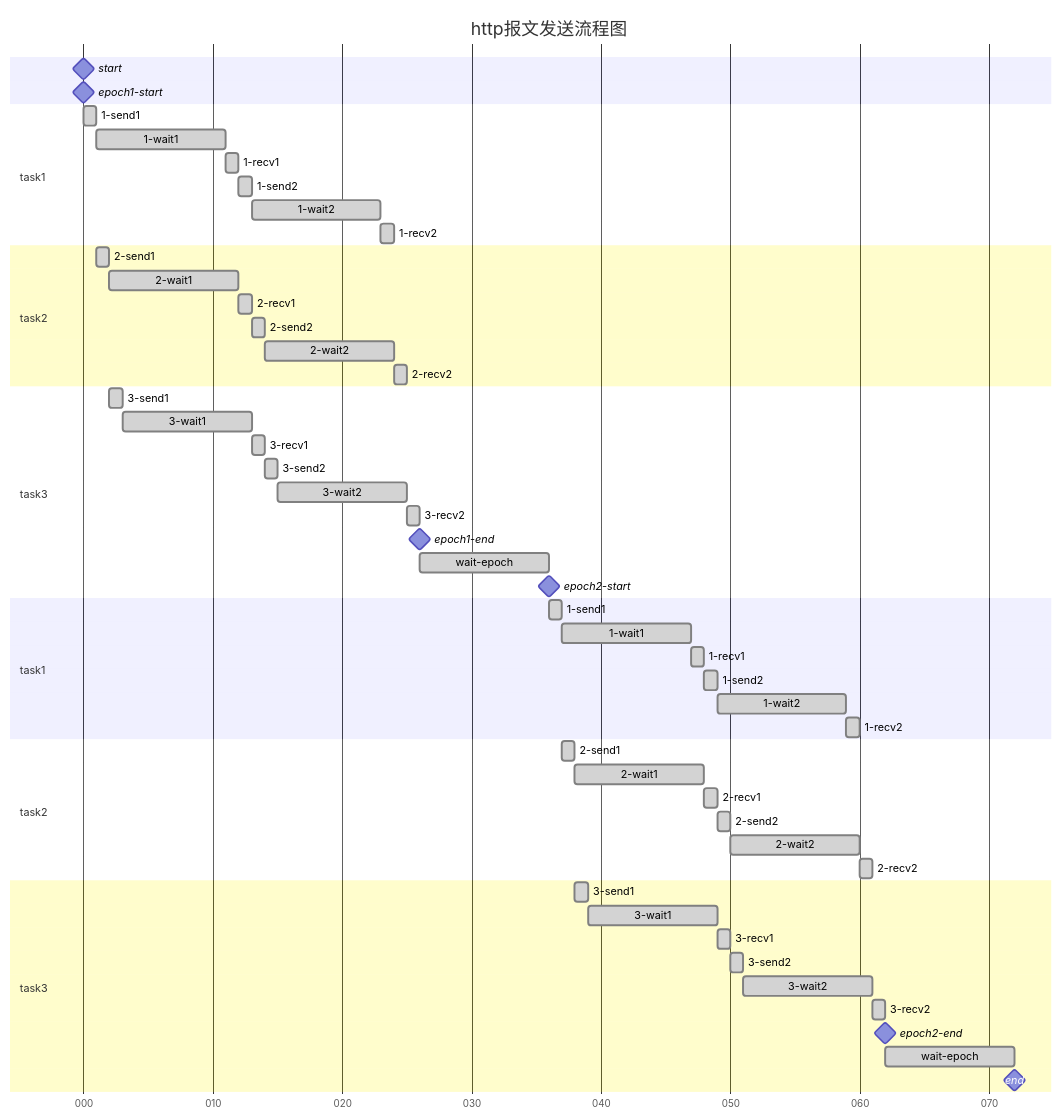
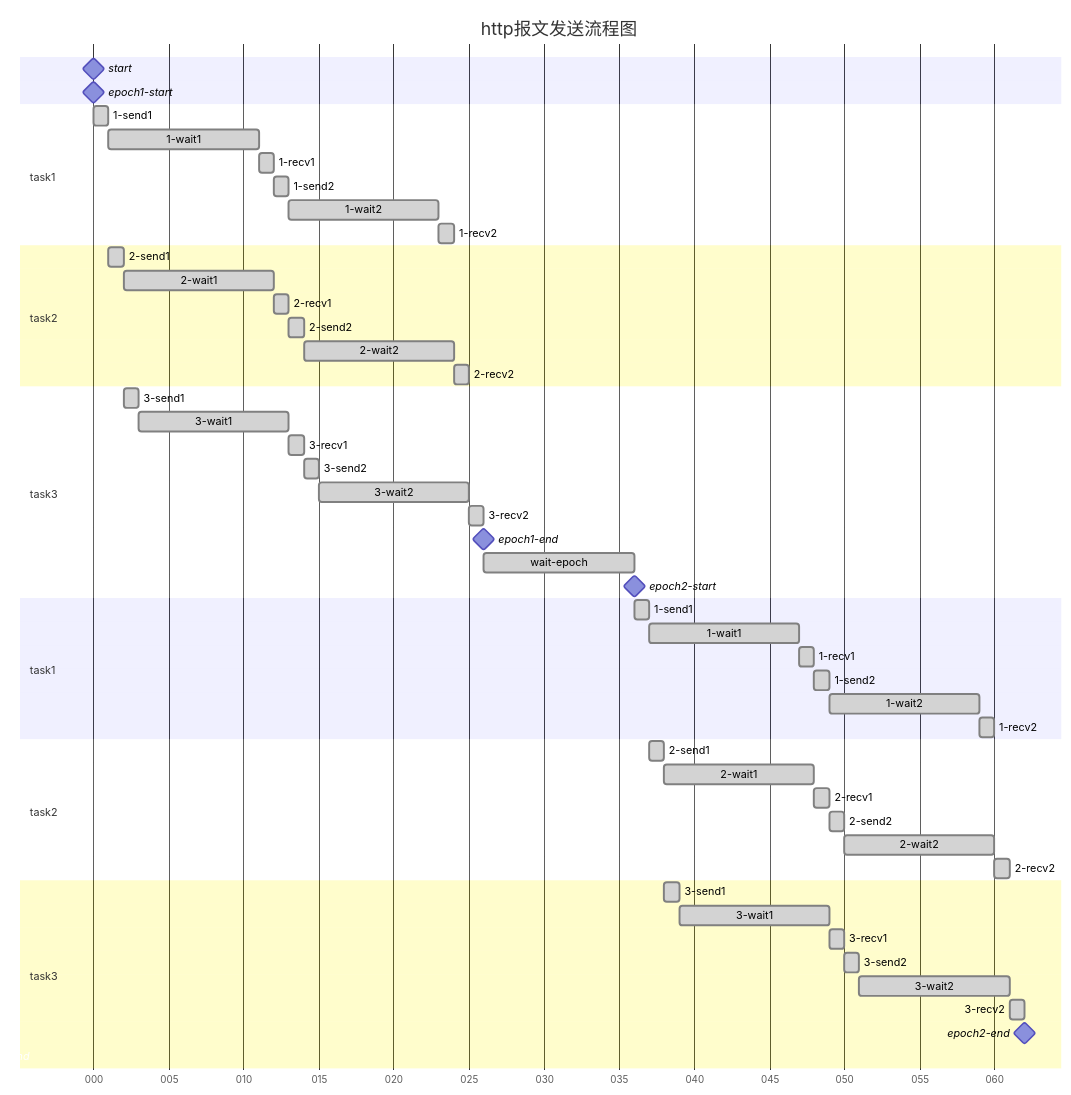
The diagram in README.md (flowerfalling/Auto_YouthStudy_Tianjin), drawn with Mermaid before and after one commit. The commit also changed 1 other file, not shown here.

Commit message:
Fix an issue where wait_epoch would wait after the last loop

````diff
--- a/README.md
+++ b/README.md
@@ -49,56 +49,55 @@
 ```mermaid
         gantt
         dateFormat SSS
         axisFormat %L
         title http报文发送流程图
         start : milestone, start, after 000, 0ms
         epoch1-start : milestone, e1start, after start, 0ms
         section task1
         1-send1                      			:done, 1-1send1, after e1start, 1ms
         1-wait1									:done, 1-1wait1, after 1-1send1, 10ms
         1-recv1                      			:done, 1-1recv1, after 1-1wait1, 1ms
         1-send2                      			:done, 1-1send2, after 1-1recv1, 1ms
         1-wait2									:done, 1-1wait2, after 1-1send2, 10ms
         1-recv2                      			:done, 1-1recv2, after 1-1wait2, 1ms
         section task2                                                
       	2-send1                      			:done, 1-2send1, after 1-1send1, 1ms
       	2-wait1									:done, 1-2wait1, after 1-2send1, 10ms
       	2-recv1                      			:done, 1-2recv1, after 1-2wait1, 1ms
       	2-send2                      			:done, 1-2send2, after 1-2recv1, 1ms
       	2-wait2									:done, 1-2wait2, after 1-2send2, 10ms
       	2-recv2                      			:done, 1-2recv2, after 1-2wait2, 1ms
         section task3                                                
         3-send1                             	:done, 1-3send1, after 1-2send1, 1ms
         3-wait1									:done, 1-3wait1, after 1-3send1, 10ms
         3-recv1                      			:done, 1-3recv1, after 1-3wait1, 1ms
         3-send2                      			:done, 1-3send2, after 1-3recv1, 1ms
         3-wait2									:done, 1-3wait2, after 1-3send2, 10ms
         3-recv2                      			:done, 1-3recv2, after 1-3wait2, 1ms
         epoch1-end : milestone, e1end, after 1-3recv2, 0ms
         wait-epoch : done, we1, after 1-3recv2, 10ms
         epoch2-start : milestone, e2start, after we1, 0ms
         section task1                                                                   
         1-send1                      			:done, 2-1send1, after e2start, 1ms               
         1-wait1									:done, 2-1wait1, after 2-1send1, 10ms   
         1-recv1                      			:done, 2-1recv1, after 2-1wait1, 1ms    
         1-send2                      			:done, 2-1send2, after 2-1recv1, 1ms    
         1-wait2									:done, 2-1wait2, after 2-1send2, 10ms   
         1-recv2                      			:done, 2-1recv2, after 2-1wait2, 1ms    
         section task2                                                                   
       	2-send1                      			:done, 2-2send1, after 2-1send1, 1ms    
       	2-wait1									:done, 2-2wait1, after 2-2send1, 10ms   
       	2-recv1                      			:done, 2-2recv1, after 2-2wait1, 1ms    
       	2-send2                      			:done, 2-2send2, after 2-2recv1, 1ms    
       	2-wait2									:done, 2-2wait2, after 2-2send2, 10ms   
       	2-recv2                      			:done, 2-2recv2, after 2-2wait2, 1ms    
         section task3                                                                   
         3-send1                             	:done, 2-3send1, after 2-2send1, 1ms    
         3-wait1									:done, 2-3wait1, after 2-3send1, 10ms   
         3-recv1                      			:done, 2-3recv1, after 2-3wait1, 1ms    
         3-send2                      			:done, 2-3send2, after 2-3recv1, 1ms    
         3-wait2									:done, 2-3wait2, after 2-3send2, 10ms   
         3-recv2                      			:done, 2-3recv2, after 2-3wait2, 1ms   
         epoch2-end : milestone, e2end, after 2-3recv2, 0ms  
-        wait-epoch : done, we2, after 2-3recv2, 10ms 
-        end : milestone, e2end, after we2, 0ms
+        end : milestone, e2end, after e2end, 0ms
 ```
````
